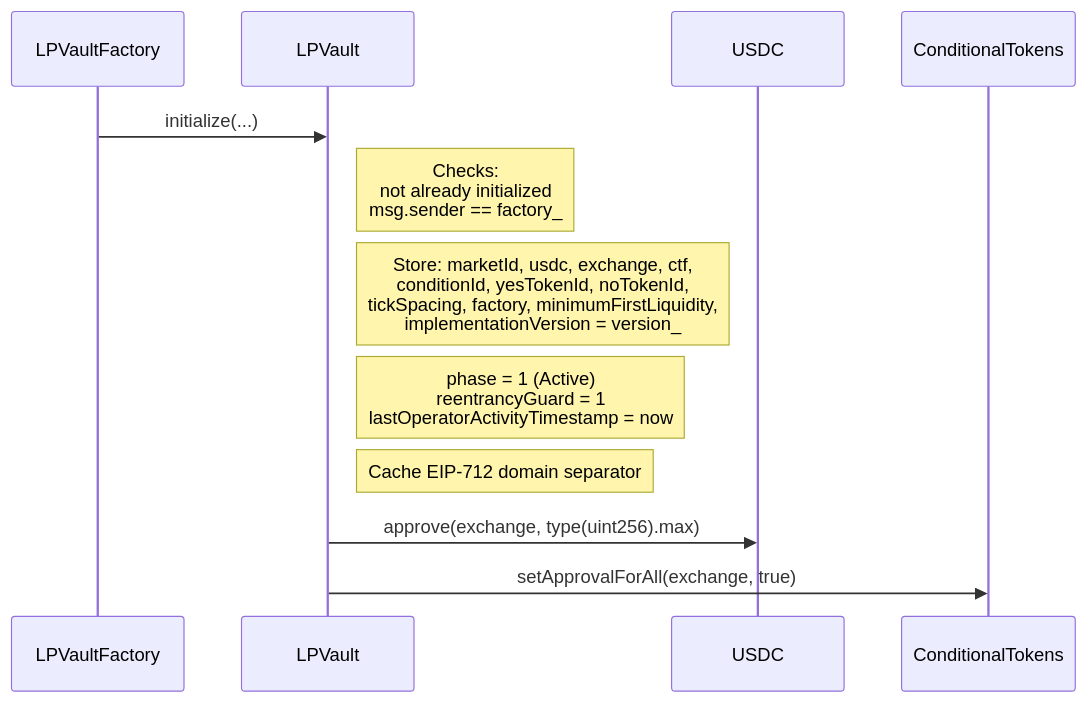
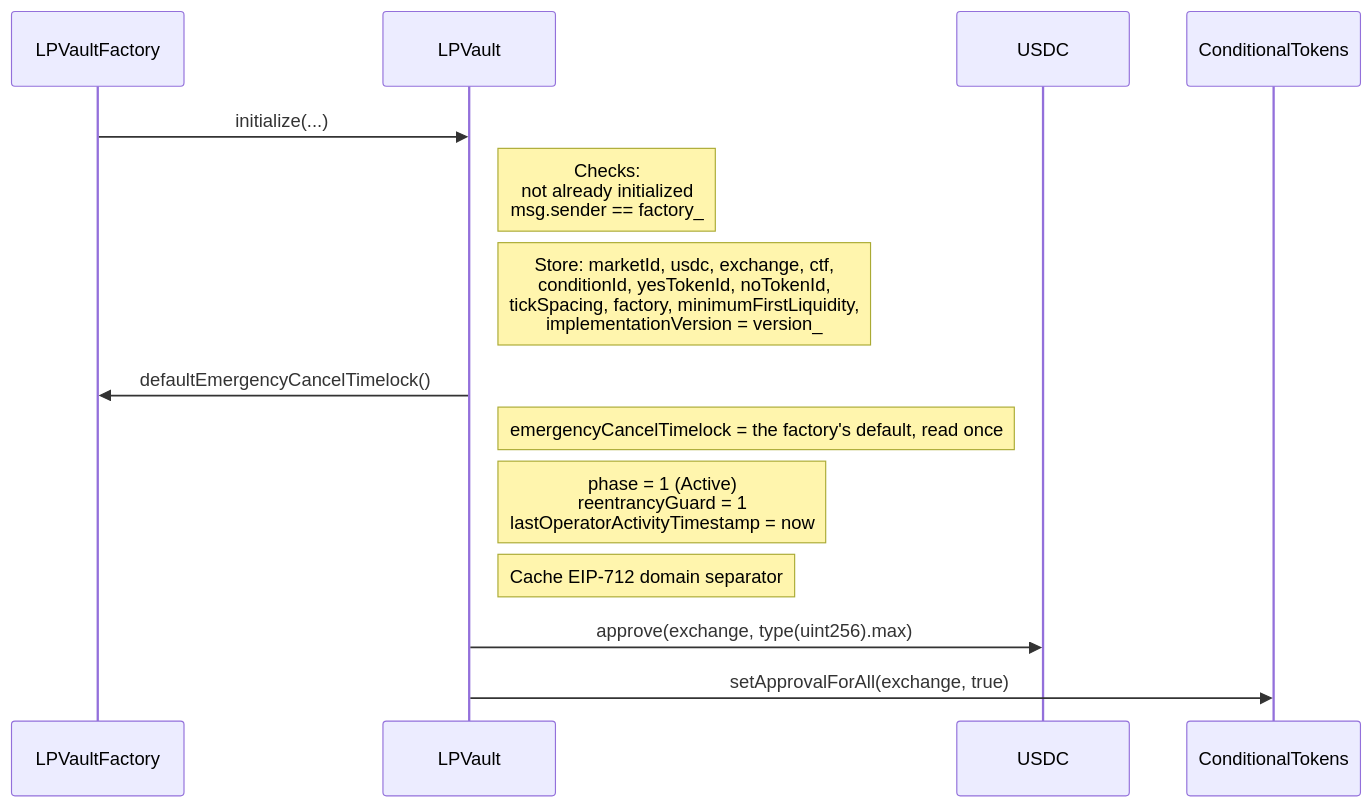
The third of 33 diagrams in REFERENCE.md (ProphetMarket/lp-vaults), drawn with Mermaid before and after one commit. The commit also changed other lines of this file and 4 other files, not shown here.

````diff
--- a/REFERENCE.md
+++ b/REFERENCE.md
@@ -181,15 +182,17 @@
 ```mermaid
 sequenceDiagram
     participant Factory as LPVaultFactory
     participant Vault as LPVault
     participant USDC
     participant CT as ConditionalTokens
 
     Factory->>Vault: initialize(...)
     Note right of Vault: Checks:<br/>not already initialized<br/>msg.sender == factory_
     Note right of Vault: Store: marketId, usdc, exchange, ctf,<br/>conditionId, yesTokenId, noTokenId,<br/>tickSpacing, factory, minimumFirstLiquidity,<br/>implementationVersion = version_
+    Vault->>Factory: defaultEmergencyCancelTimelock()
+    Note right of Vault: emergencyCancelTimelock = the factory's default, read once
     Note right of Vault: phase = 1 (Active)<br/>reentrancyGuard = 1<br/>lastOperatorActivityTimestamp = now
     Note right of Vault: Cache EIP-712 domain separator
     Vault->>USDC: approve(exchange, type(uint256).max)
     Vault->>CT: setApprovalForAll(exchange, true)
 ```
````
